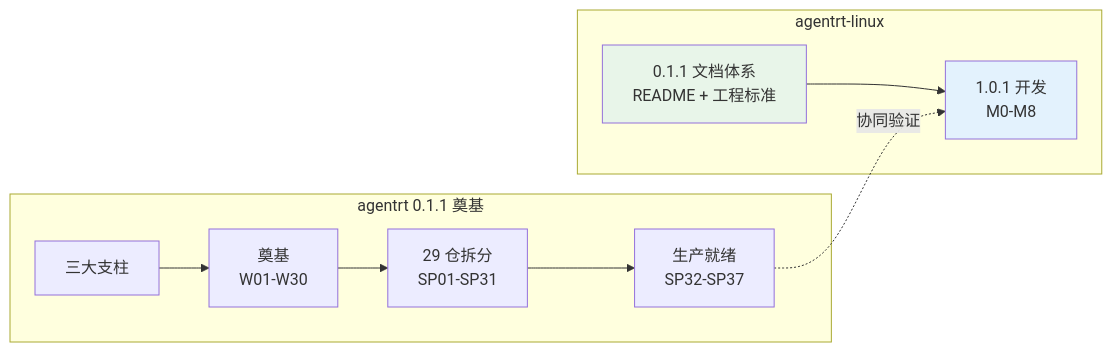
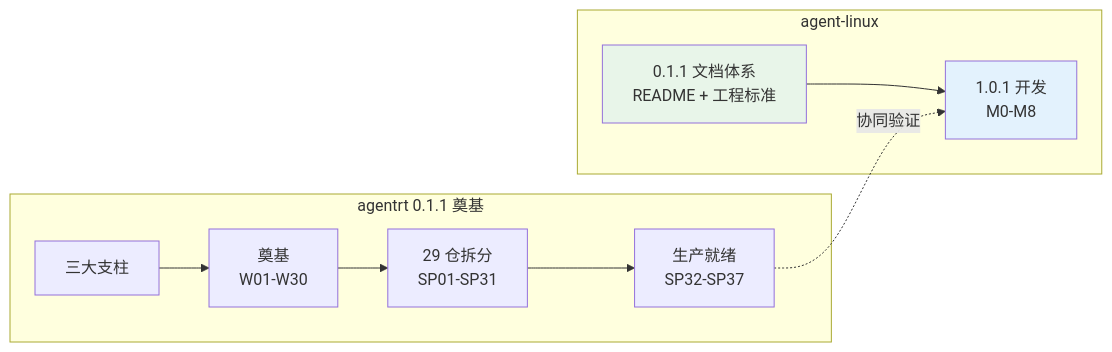
One commit to openairymax/docs-linux changed the first of 2 diagrams in 130-roadmap/01-development-strategy.md. Above: the diagram before and after it, drawn with Mermaid. The commit also changed other lines of this file and 172 other files, not shown here.

Commit message:
docs: rename agentrt-linux to agent-linux across docs v0.1.3 双工程结构：agentrt-linux 改名 agent-linux。docs 全仓 186 个 文件中的 agentrt-linux 引用统一为 agent-linux（AirymaxOS 工程名/ URL/路径引用；commit hash 与历史不变）。

````diff
--- a/130-roadmap/01-development-strategy.md
+++ b/130-roadmap/01-development-strategy.md
@@ -29,18 +29,18 @@
 ```mermaid
 graph LR
     subgraph RT[agentrt 0.1.1 奠基]
         RT1[三大支柱]
         RT1a[奠基<br/>W01-W30]
         RT1b[29 仓拆分<br/>SP01-SP31]
         RT1c[生产就绪<br/>SP32-SP37]
         RT1 --> RT1a --> RT1b --> RT1c
     end
-    subgraph OS[agentrt-linux]
+    subgraph OS[agent-linux]
         OS1[0.1.1 文档体系<br/>README + 工程标准]
         OS2[1.0.1 开发<br/>M0-M8]
         OS1 --> OS2
     end
     RT1c -.协同验证.-> OS2
     style OS1 fill:#e8f5e9
     style OS2 fill:#e3f2fd
 ```
````
